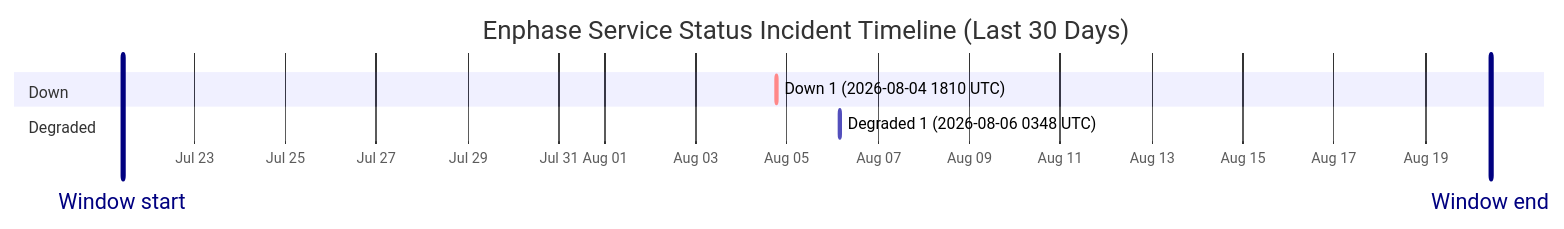
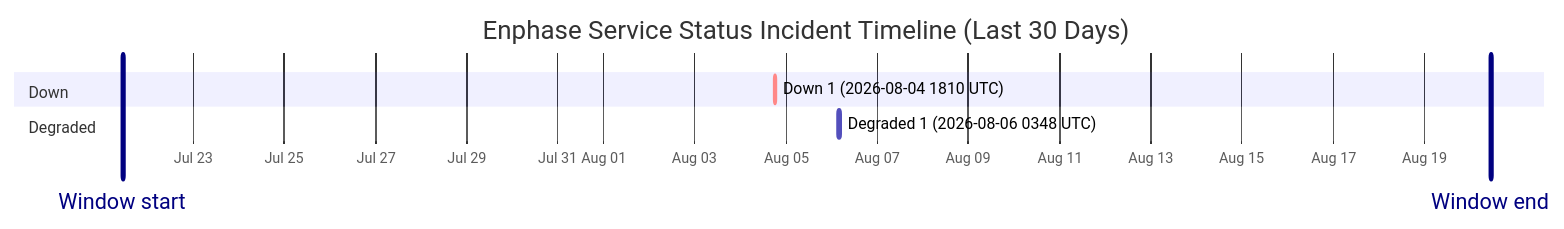
Before and after one commit to barneyonline/ha-enphase-energy: the diagram in wiki/Service-Status-History.md, drawn with Mermaid. The commit also changed other lines of this file and 3 other files, not shown here.

````diff
--- a/wiki/Service-Status-History.md
+++ b/wiki/Service-Status-History.md
@@ -14,12 +14,12 @@
 ```mermaid
 gantt
     title Enphase Service Status Incident Timeline (Last 30 Days)
     dateFormat  YYYY-MM-DDTHH:mm:ss
     axisFormat  %b %d
-    Window start :vert, window-start, 2026-07-21T10:27:40, 0ms
-    Window end :vert, window-end, 2026-08-20T10:27:40, 0ms
+    Window start :vert, window-start, 2026-07-21T10:57:59, 0ms
+    Window end :vert, window-end, 2026-08-20T10:57:59, 0ms
     section Down
     Down 1 (2026-08-04 1810 UTC) :crit, down-1, 2026-08-04T18:10:46, 60m
     section Degraded
     Degraded 1 (2026-08-06 0348 UTC) :active, degraded-1, 2026-08-06T03:48:14, 60m
 ```
````
